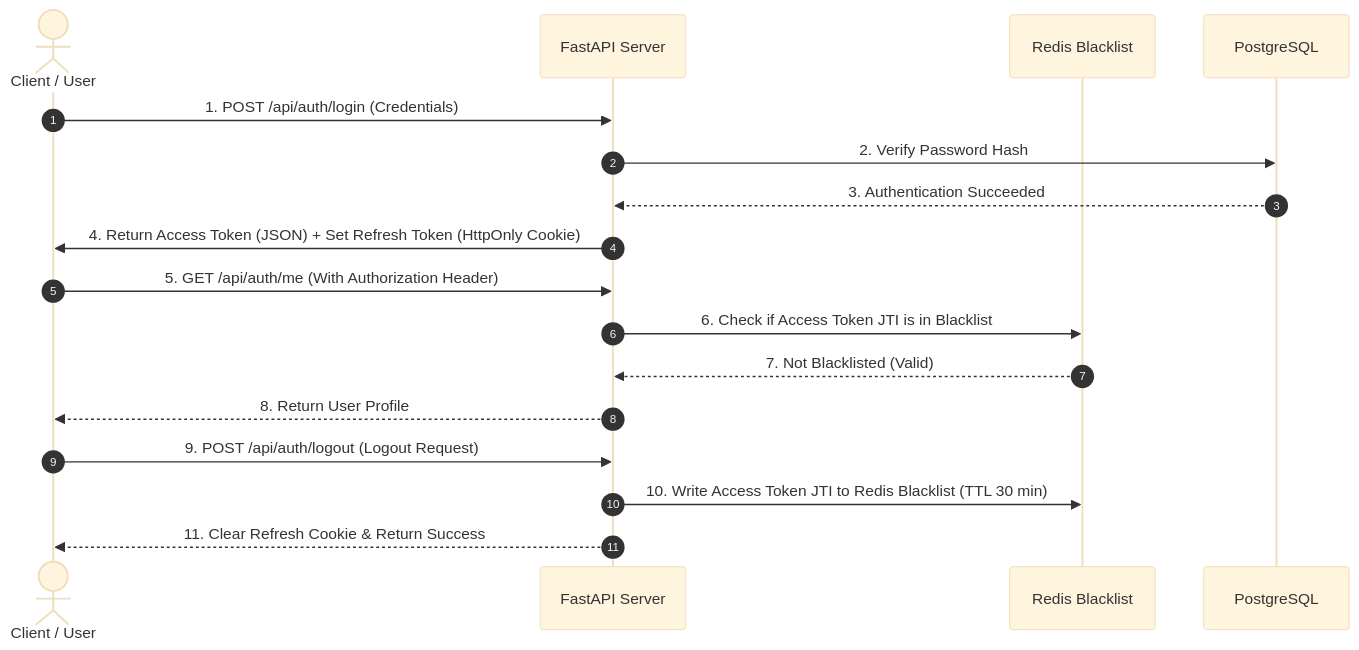
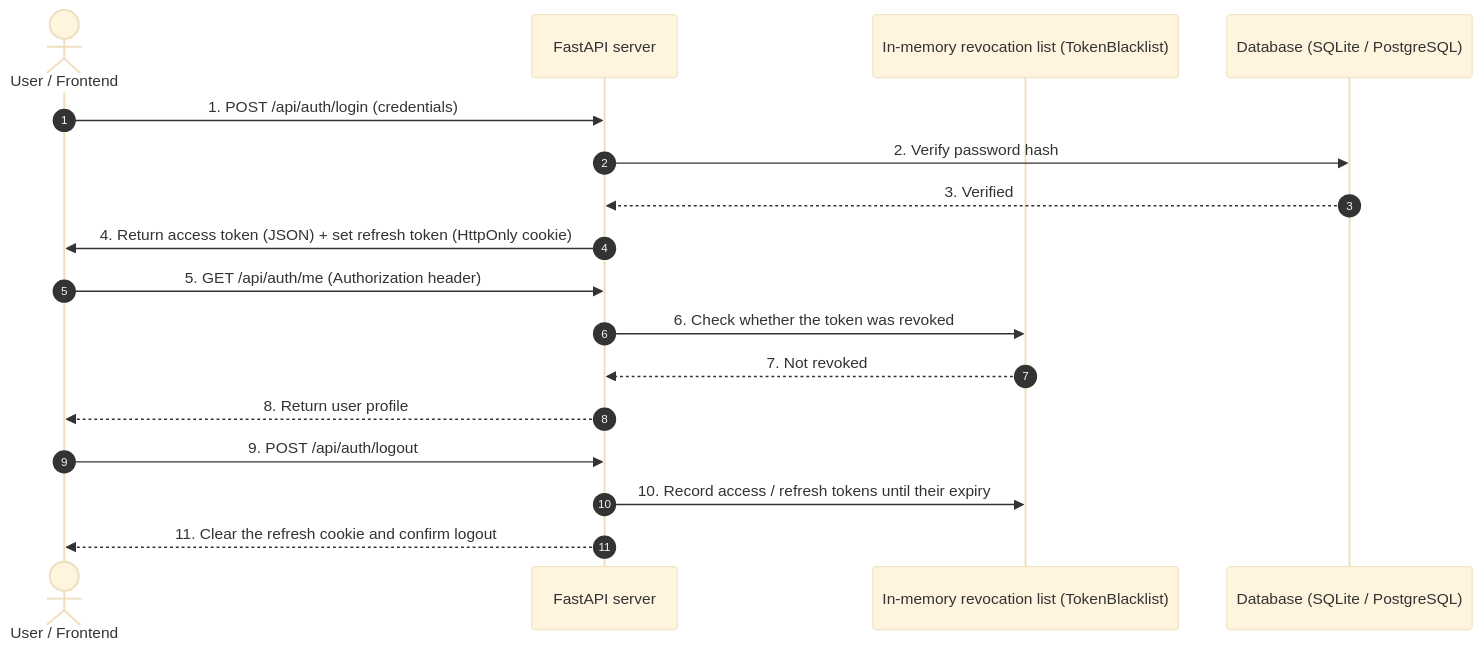
One commit to Scorpio-meow/AskMiao changed the third of 6 diagrams in docs/architecture_en.md. Above: the diagram before and after it, drawn with Mermaid (base theme). The commit also changed other lines of this file and 15 other files, not shown here.

````diff
--- a/docs/architecture_en.md
+++ b/docs/architecture_en.md
@@ -88,22 +119,22 @@
 ```mermaid
 sequenceDiagram
     autonumber
-    actor User as Client / User
-    participant API as FastAPI Server
-    participant Redis as Redis Blacklist
-    participant DB as PostgreSQL
+    actor User as User / Frontend
+    participant API as FastAPI server
+    participant Blacklist as In-memory revocation list (TokenBlacklist)
+    participant DB as Database (SQLite / PostgreSQL)
 
-    User->>API: 1. POST /api/auth/login (Credentials)
-    API->>DB: 2. Verify Password Hash
-    DB-->>API: 3. Authentication Succeeded
-    API->>User: 4. Return Access Token (JSON) + Set Refresh Token (HttpOnly Cookie)
+    User->>API: 1. POST /api/auth/login (credentials)
+    API->>DB: 2. Verify password hash
+    DB-->>API: 3. Verified
+    API->>User: 4. Return access token (JSON) + set refresh token (HttpOnly cookie)
 
-    User->>API: 5. GET /api/auth/me (With Authorization Header)
-    API->>Redis: 6. Check if Access Token JTI is in Blacklist
-    Redis-->>API: 7. Not Blacklisted (Valid)
-    API-->>User: 8. Return User Profile
+    User->>API: 5. GET /api/auth/me (Authorization header)
+    API->>Blacklist: 6. Check whether the token was revoked
+    Blacklist-->>API: 7. Not revoked
+    API-->>User: 8. Return user profile
 
-    User->>API: 9. POST /api/auth/logout (Logout Request)
-    API->>Redis: 10. Write Access Token JTI to Redis Blacklist (TTL 30 min)
-    API-->>User: 11. Clear Refresh Cookie & Return Success
+    User->>API: 9. POST /api/auth/logout
+    API->>Blacklist: 10. Record access / refresh tokens until their expiry
+    API-->>User: 11. Clear the refresh cookie and confirm logout
 ```
````
